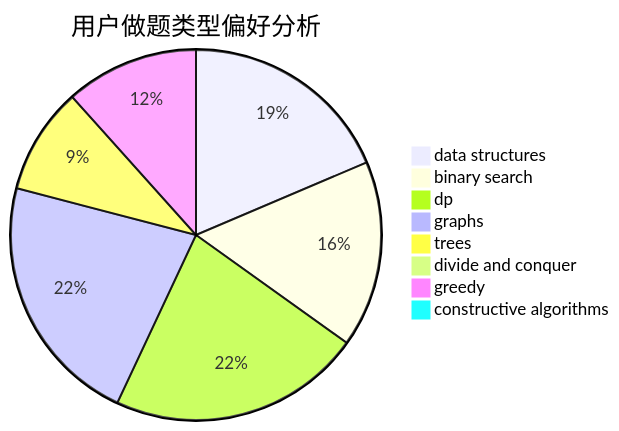
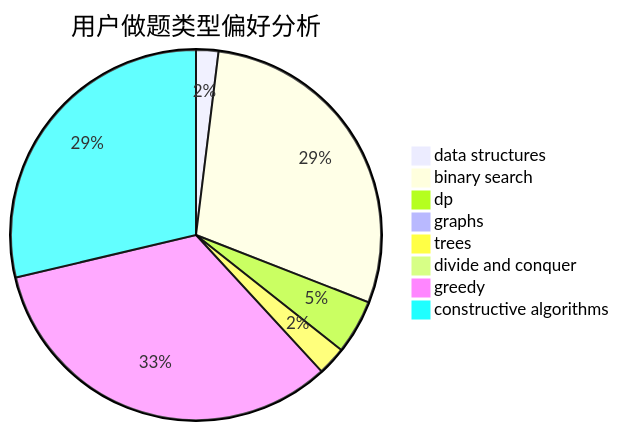
One commit to sherpahu/cfrs.github.io changed the second of 3 diagrams in docs/user/u2006.md. Above: the diagram before and after it, drawn with Mermaid. The commit also changed other lines of this file and 2770 other files, not shown here.

````diff
--- a/docs/user/u2006.md
+++ b/docs/user/u2006.md
@@ -23,11 +23,11 @@
 ```mermaid
 pie title 用户做题类型偏好分析
-    "data structures" :  16
-    "binary search" :  14
-    "dp" :  19
-    "graphs" :  19
-    "trees" :  8
+    "data structures" :  7
+    "binary search" :  104
+    "dp" :  17
+    "graphs" :  2
+    "trees" :  9
     "divide and conquer" :  0
-    "greedy" :  10
-    "constructive algorithms" :  0
+    "greedy" :  119
+    "constructive algorithms" :  103
 ```
````
